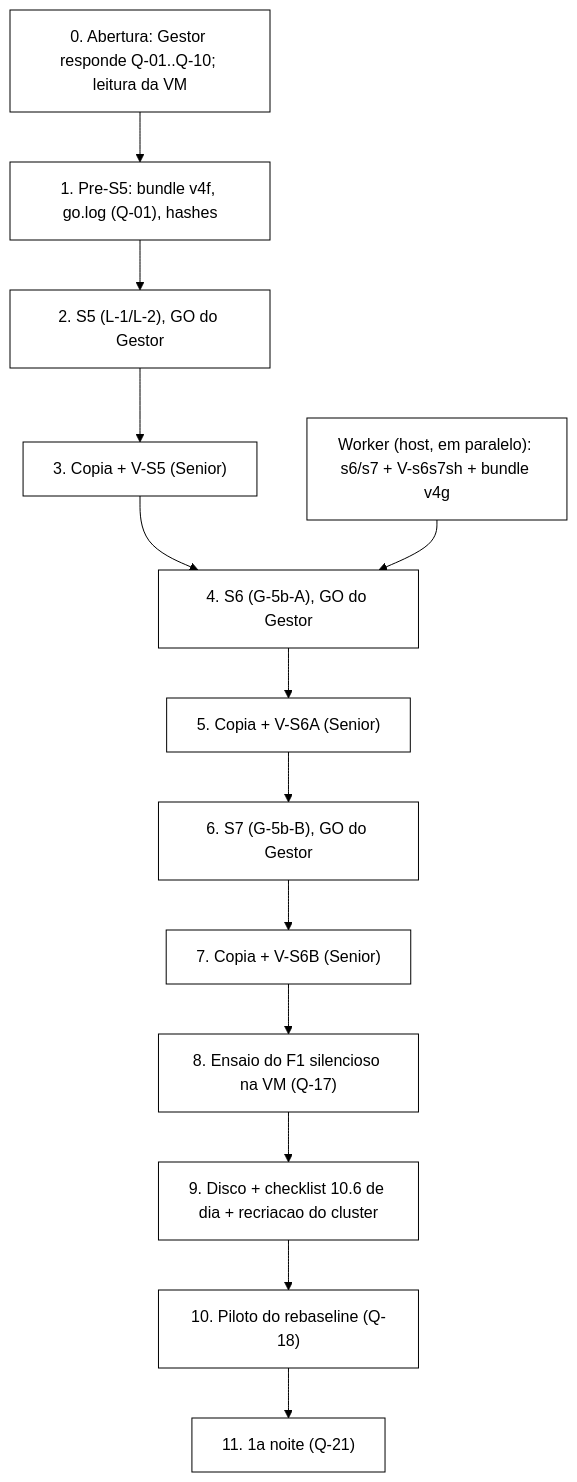
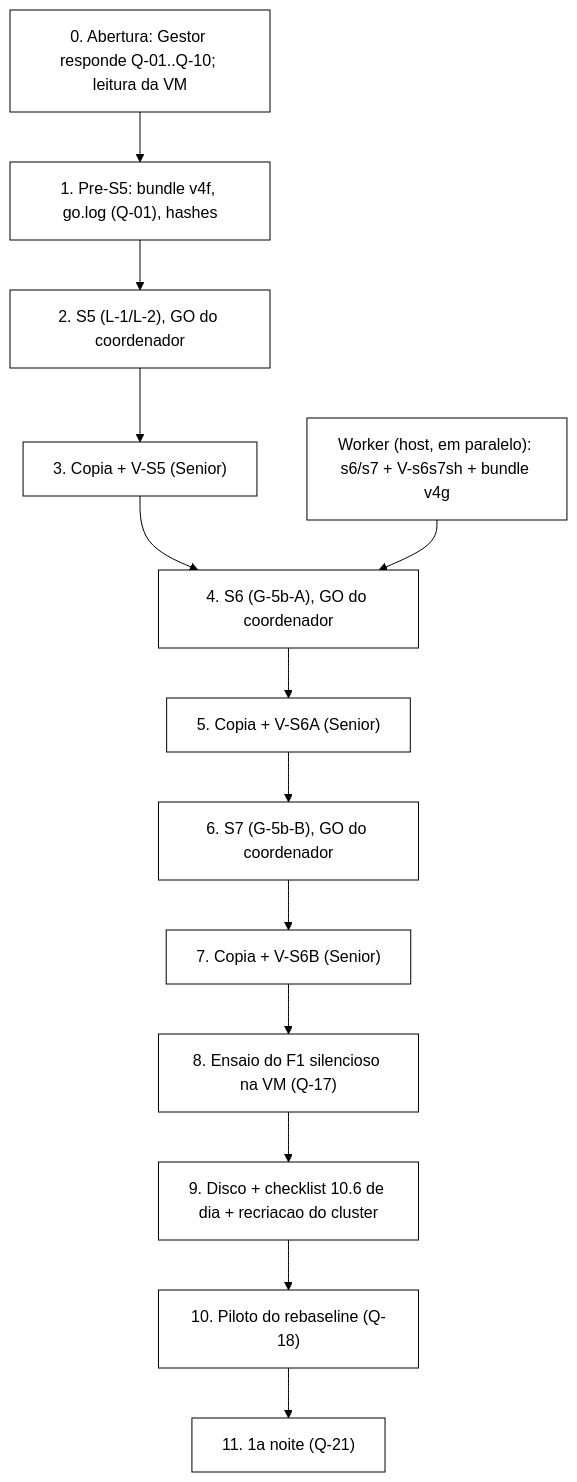
One commit to franpgn/tcc-verificacao-formal-invariantes-sessao changed the diagram in docs/roteiro-vm-2026-11-04.md. Above: the diagram before and after it, drawn with Mermaid. The commit also changed other lines of this file and 3 other files, not shown here.

First line of the commit message:
docs: GO dos blocos de VM digitado pelo coordenador, autorizado pelo Gestor em 2026-11-04 (ROTEIRO-S5/S6/S7 e roteiro da VM)

````diff
--- a/docs/roteiro-vm-2026-11-04.md
+++ b/docs/roteiro-vm-2026-11-04.md
@@ -24,19 +24,19 @@
 ```mermaid
 %%{init: {'theme':'base','themeVariables':{'background':'#ffffff','primaryColor':'#ffffff','primaryTextColor':'#000000','primaryBorderColor':'#000000','lineColor':'#000000','secondaryColor':'#ffffff','tertiaryColor':'#ffffff','edgeLabelBackground':'#ffffff','fontFamily':'Arial'}}}%%
 flowchart TB
     P0["0. Abertura: Gestor responde Q-01..Q-10; leitura da VM"]
     P1["1. Pre-S5: bundle v4f, go.log (Q-01), hashes"]
-    S5["2. S5 (L-1/L-2), GO do Gestor"]
+    S5["2. S5 (L-1/L-2), GO do coordenador"]
     V5["3. Copia + V-S5 (Senior)"]
-    S6["4. S6 (G-5b-A), GO do Gestor"]
+    S6["4. S6 (G-5b-A), GO do coordenador"]
     V6["5. Copia + V-S6A (Senior)"]
-    S7["6. S7 (G-5b-B), GO do Gestor"]
+    S7["6. S7 (G-5b-B), GO do coordenador"]
     V7["7. Copia + V-S6B (Senior)"]
     F1["8. Ensaio do F1 silencioso na VM (Q-17)"]
     PR["9. Disco + checklist 10.6 de dia + recriacao do cluster"]
     PI["10. Piloto do rebaseline (Q-18)"]
     N1["11. 1a noite (Q-21)"]
     W["Worker (host, em paralelo): s6/s7 + V-s6s7sh + bundle v4g"]
     P0 --> P1 --> S5 --> V5 --> S6 --> V6 --> S7 --> V7 --> F1 --> PR --> PI --> N1
     W --> S6
 ```
````
